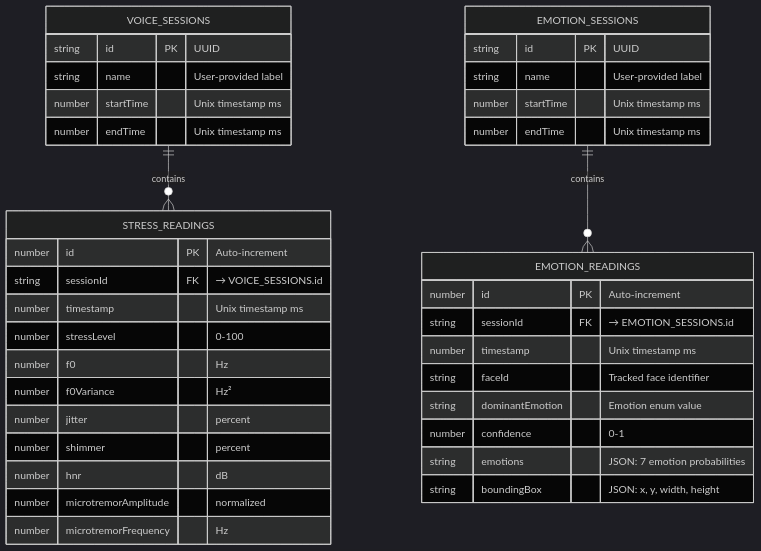
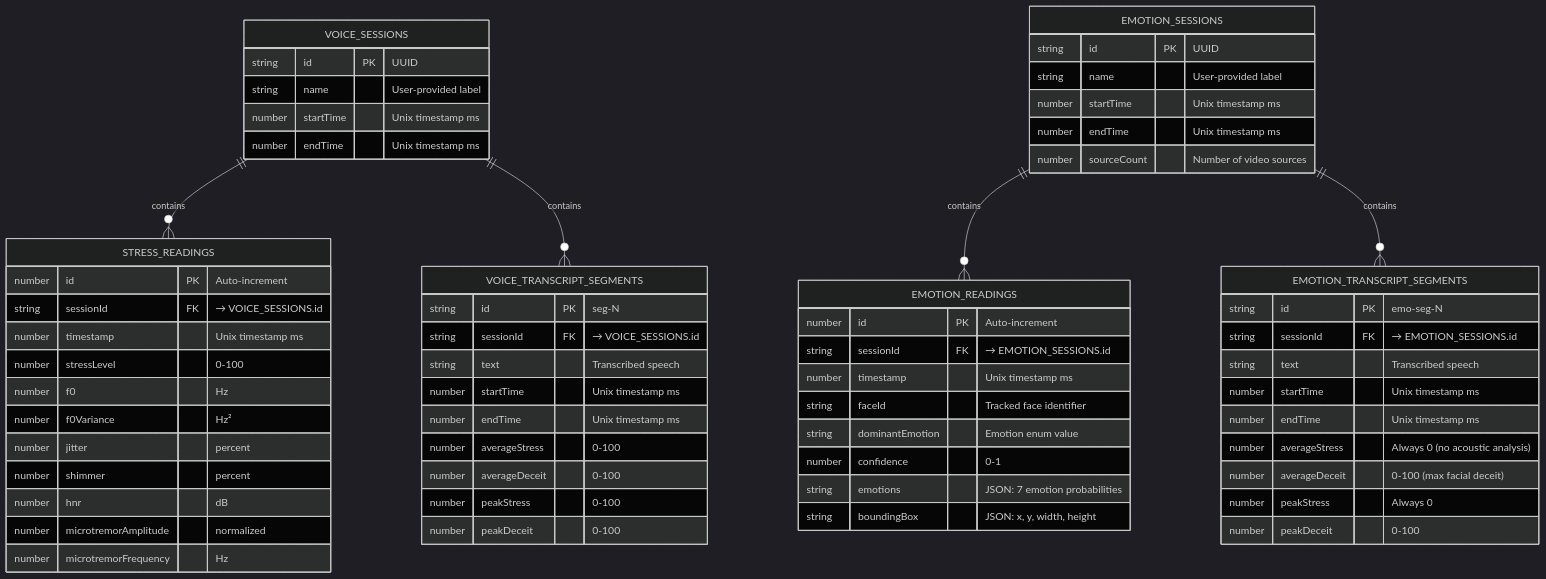
One commit to ssevera1/ToneAnalyzer changed the fifth of 5 diagrams in design/c4-diagrams/5-data-flow.md. Above: the diagram before and after it, drawn with Mermaid (dark theme). The commit also changed other lines of this file and 4 other files, not shown here.

````diff
--- a/design/c4-diagrams/5-data-flow.md
+++ b/design/c4-diagrams/5-data-flow.md
@@ -189,44 +203,71 @@
 ```mermaid
 erDiagram
     VOICE_SESSIONS {
         string id PK "UUID"
         string name "User-provided label"
         number startTime "Unix timestamp ms"
         number endTime "Unix timestamp ms"
     }
 
     STRESS_READINGS {
         number id PK "Auto-increment"
         string sessionId FK "→ VOICE_SESSIONS.id"
         number timestamp "Unix timestamp ms"
         number stressLevel "0-100"
         number f0 "Hz"
         number f0Variance "Hz²"
         number jitter "percent"
         number shimmer "percent"
         number hnr "dB"
         number microtremorAmplitude "normalized"
         number microtremorFrequency "Hz"
     }
 
+    VOICE_TRANSCRIPT_SEGMENTS {
+        string id PK "seg-N"
+        string sessionId FK "→ VOICE_SESSIONS.id"
+        string text "Transcribed speech"
+        number startTime "Unix timestamp ms"
+        number endTime "Unix timestamp ms"
+        number averageStress "0-100"
+        number averageDeceit "0-100"
+        number peakStress "0-100"
+        number peakDeceit "0-100"
+    }
+
     EMOTION_SESSIONS {
         string id PK "UUID"
         string name "User-provided label"
         number startTime "Unix timestamp ms"
         number endTime "Unix timestamp ms"
+        number sourceCount "Number of video sources"
     }
 
     EMOTION_READINGS {
         number id PK "Auto-increment"
         string sessionId FK "→ EMOTION_SESSIONS.id"
         number timestamp "Unix timestamp ms"
         string faceId "Tracked face identifier"
         string dominantEmotion "Emotion enum value"
         number confidence "0-1"
         string emotions "JSON: 7 emotion probabilities"
         string boundingBox "JSON: x, y, width, height"
     }
 
+    EMOTION_TRANSCRIPT_SEGMENTS {
+        string id PK "emo-seg-N"
+        string sessionId FK "→ EMOTION_SESSIONS.id"
+        string text "Transcribed speech"
+        number startTime "Unix timestamp ms"
+        number endTime "Unix timestamp ms"
+        number averageStress "Always 0 (no acoustic analysis)"
+        number averageDeceit "0-100 (max facial deceit)"
+        number peakStress "Always 0"
+        number peakDeceit "0-100"
+    }
+
     VOICE_SESSIONS ||--o{ STRESS_READINGS : contains
+    VOICE_SESSIONS ||--o{ VOICE_TRANSCRIPT_SEGMENTS : contains
     EMOTION_SESSIONS ||--o{ EMOTION_READINGS : contains
+    EMOTION_SESSIONS ||--o{ EMOTION_TRANSCRIPT_SEGMENTS : contains
 ```
````
